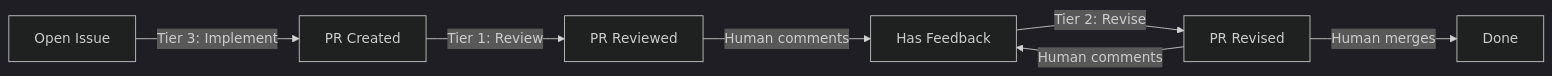
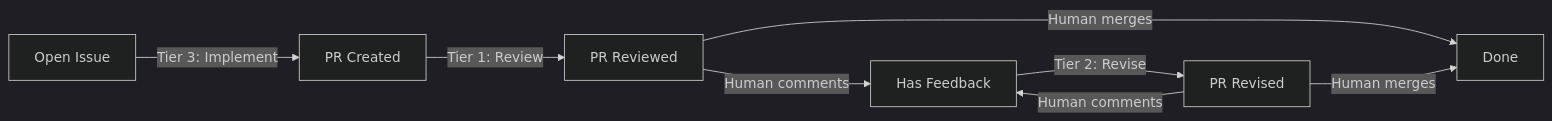
One commit to zachmayer/skills changed the diagram in skills/heartbeat/SKILL.md. Above: the diagram before and after it, drawn with Mermaid (dark theme). The commit also changed other lines of this file and 2 other files, not shown here.

````diff
--- a/skills/heartbeat/SKILL.md
+++ b/skills/heartbeat/SKILL.md
@@ -49,9 +63,10 @@
 ```mermaid
 graph LR
     A[Open Issue] -->|"Tier 3: Implement"| B[PR Created]
     B -->|"Tier 1: Review"| C[PR Reviewed]
+    C -->|Human merges| F[Done]
     C -->|Human comments| D[Has Feedback]
     D -->|"Tier 2: Revise"| E[PR Revised]
-    E -->|Human merges| F[Done]
+    E -->|Human merges| F
     E -->|Human comments| D
 ```
````
